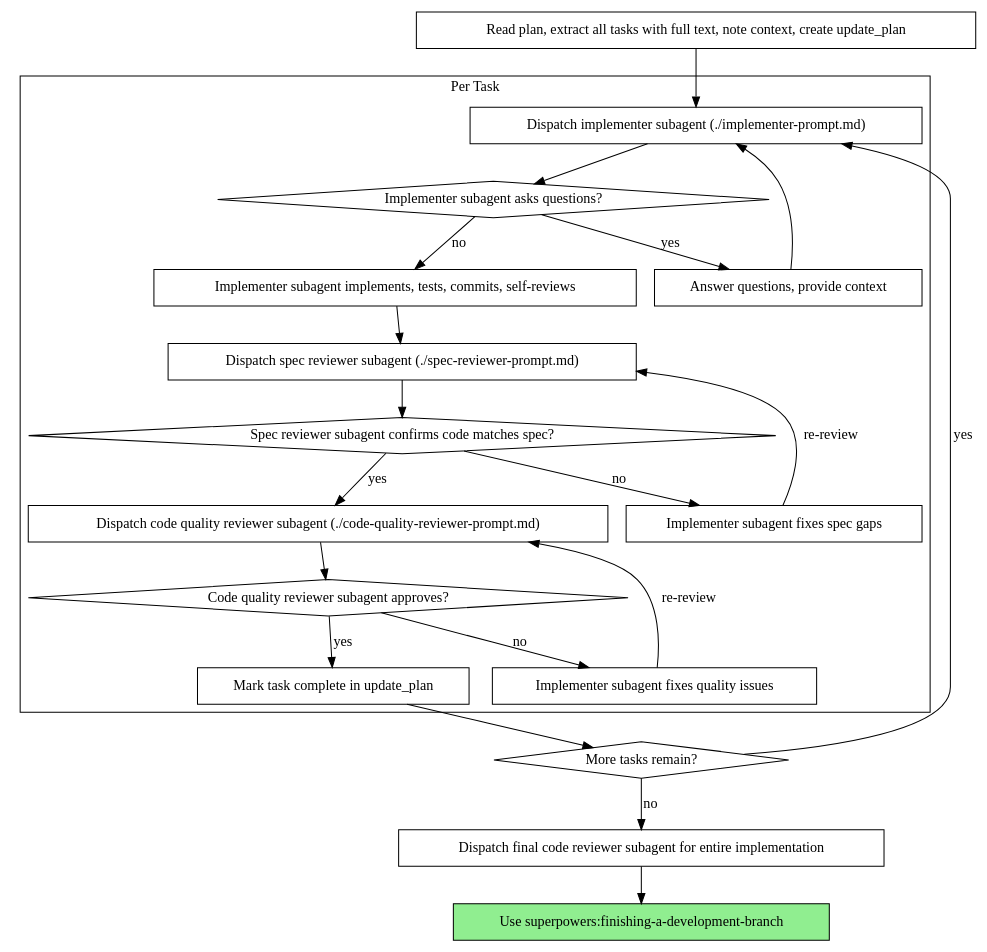
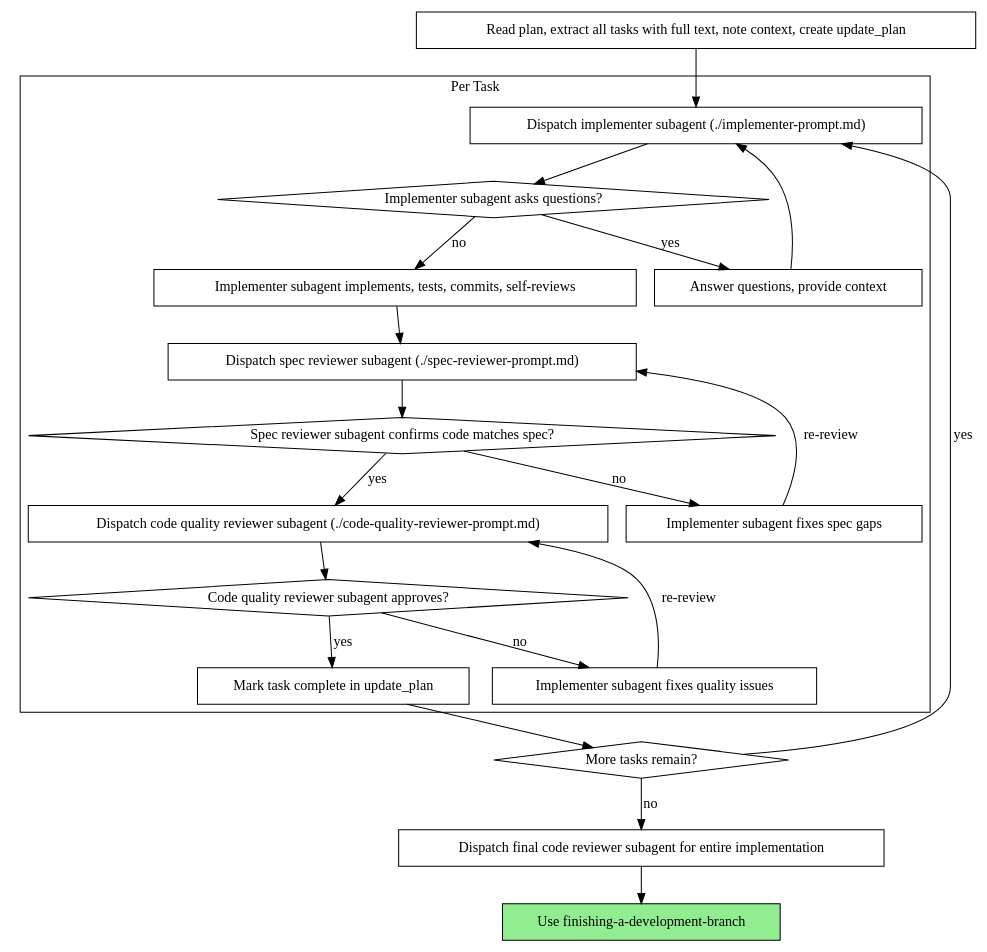
One commit to xaionaro/.config-codex changed the second of 2 diagrams in skills/subagent-driven-development/SKILL.md. Above: the diagram before and after it, drawn with Graphviz. The commit also changed other lines of this file and 6 other files, not shown here.

````diff
--- a/skills/subagent-driven-development/SKILL.md
+++ b/skills/subagent-driven-development/SKILL.md
@@ -46,44 +48,44 @@
 ```dot
 digraph process {
     rankdir=TB;
 
     subgraph cluster_per_task {
         label="Per Task";
         "Dispatch implementer subagent (./implementer-prompt.md)" [shape=box];
         "Implementer subagent asks questions?" [shape=diamond];
         "Answer questions, provide context" [shape=box];
         "Implementer subagent implements, tests, commits, self-reviews" [shape=box];
         "Dispatch spec reviewer subagent (./spec-reviewer-prompt.md)" [shape=box];
         "Spec reviewer subagent confirms code matches spec?" [shape=diamond];
         "Implementer subagent fixes spec gaps" [shape=box];
         "Dispatch code quality reviewer subagent (./code-quality-reviewer-prompt.md)" [shape=box];
         "Code quality reviewer subagent approves?" [shape=diamond];
         "Implementer subagent fixes quality issues" [shape=box];
         "Mark task complete in update_plan" [shape=box];
     }
 
     "Read plan, extract all tasks with full text, note context, create update_plan" [shape=box];
     "More tasks remain?" [shape=diamond];
     "Dispatch final code reviewer subagent for entire implementation" [shape=box];
-    "Use superpowers:finishing-a-development-branch" [shape=box style=filled fillcolor=lightgreen];
+    "Use finishing-a-development-branch" [shape=box style=filled fillcolor=lightgreen];
 
     "Read plan, extract all tasks with full text, note context, create update_plan" -> "Dispatch implementer subagent (./implementer-prompt.md)";
     "Dispatch implementer subagent (./implementer-prompt.md)" -> "Implementer subagent asks questions?";
     "Implementer subagent asks questions?" -> "Answer questions, provide context" [label="yes"];
     "Answer questions, provide context" -> "Dispatch implementer subagent (./implementer-prompt.md)";
     "Implementer subagent asks questions?" -> "Implementer subagent implements, tests, commits, self-reviews" [label="no"];
     "Implementer subagent implements, tests, commits, self-reviews" -> "Dispatch spec reviewer subagent (./spec-reviewer-prompt.md)";
     "Dispatch spec reviewer subagent (./spec-reviewer-prompt.md)" -> "Spec reviewer subagent confirms code matches spec?";
     "Spec reviewer subagent confirms code matches spec?" -> "Implementer subagent fixes spec gaps" [label="no"];
     "Implementer subagent fixes spec gaps" -> "Dispatch spec reviewer subagent (./spec-reviewer-prompt.md)" [label="re-review"];
     "Spec reviewer subagent confirms code matches spec?" -> "Dispatch code quality reviewer subagent (./code-quality-reviewer-prompt.md)" [label="yes"];
     "Dispatch code quality reviewer subagent (./code-quality-reviewer-prompt.md)" -> "Code quality reviewer subagent approves?";
     "Code quality reviewer subagent approves?" -> "Implementer subagent fixes quality issues" [label="no"];
     "Implementer subagent fixes quality issues" -> "Dispatch code quality reviewer subagent (./code-quality-reviewer-prompt.md)" [label="re-review"];
     "Code quality reviewer subagent approves?" -> "Mark task complete in update_plan" [label="yes"];
     "Mark task complete in update_plan" -> "More tasks remain?";
     "More tasks remain?" -> "Dispatch implementer subagent (./implementer-prompt.md)" [label="yes"];
     "More tasks remain?" -> "Dispatch final code reviewer subagent for entire implementation" [label="no"];
-    "Dispatch final code reviewer subagent for entire implementation" -> "Use superpowers:finishing-a-development-branch";
+    "Dispatch final code reviewer subagent for entire implementation" -> "Use finishing-a-development-branch";
 }
 ```
````
